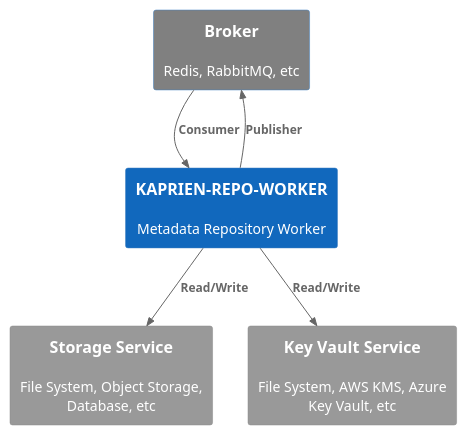
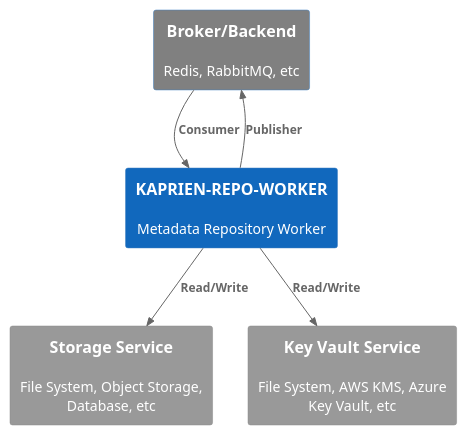
Before and after one commit to repository-service-tuf/repository-service-tuf-worker: the diagram in docs/diagrams/kaprien-repo-worker-C1.puml, drawn with PlantUML. The commit also changed 5 other files, not shown here.

First line of the commit message:
Rename REDIS_SERVER to RESULT_BACKEND_SERVER

```diff
--- a/docs/diagrams/kaprien-repo-worker-C1.puml
+++ b/docs/diagrams/kaprien-repo-worker-C1.puml
@@ -1,18 +1,18 @@
 @startuml Context
 !include https://raw.githubusercontent.com/plantuml-stdlib/C4-PlantUML/master/C4_Context.puml
 
 AddRelTag("validate", $textColor="orange", $lineColor="Blue", $lineStyle = DashedLine())
 AddRelTag("download", $textColor="orange", $lineColor="Blue")
 
 
-System(queue, "Broker", "Redis, RabbitMQ, etc") #Grey
+System(queue, "Broker/Backend", "Redis, RabbitMQ, etc") #Grey
 System(kaprien_repo_worker, "KAPRIEN-REPO-WORKER", "Metadata Repository Worker")
 System_Ext(repository_storage, "Storage Service", "File System, Object Storage, Database, etc")
 System_Ext(key_storage, "Key Vault Service", "File System, AWS KMS, Azure Key Vault, etc")
 Rel_D(queue, kaprien_repo_worker, "Consumer")
 Rel_U(kaprien_repo_worker, queue, "Publisher")
 Rel_D(kaprien_repo_worker, repository_storage, "Read/Write")
 Rel_D(kaprien_repo_worker, key_storage, "Read/Write")
 
 HIDE_STEREOTYPE()
 @enduml
```
